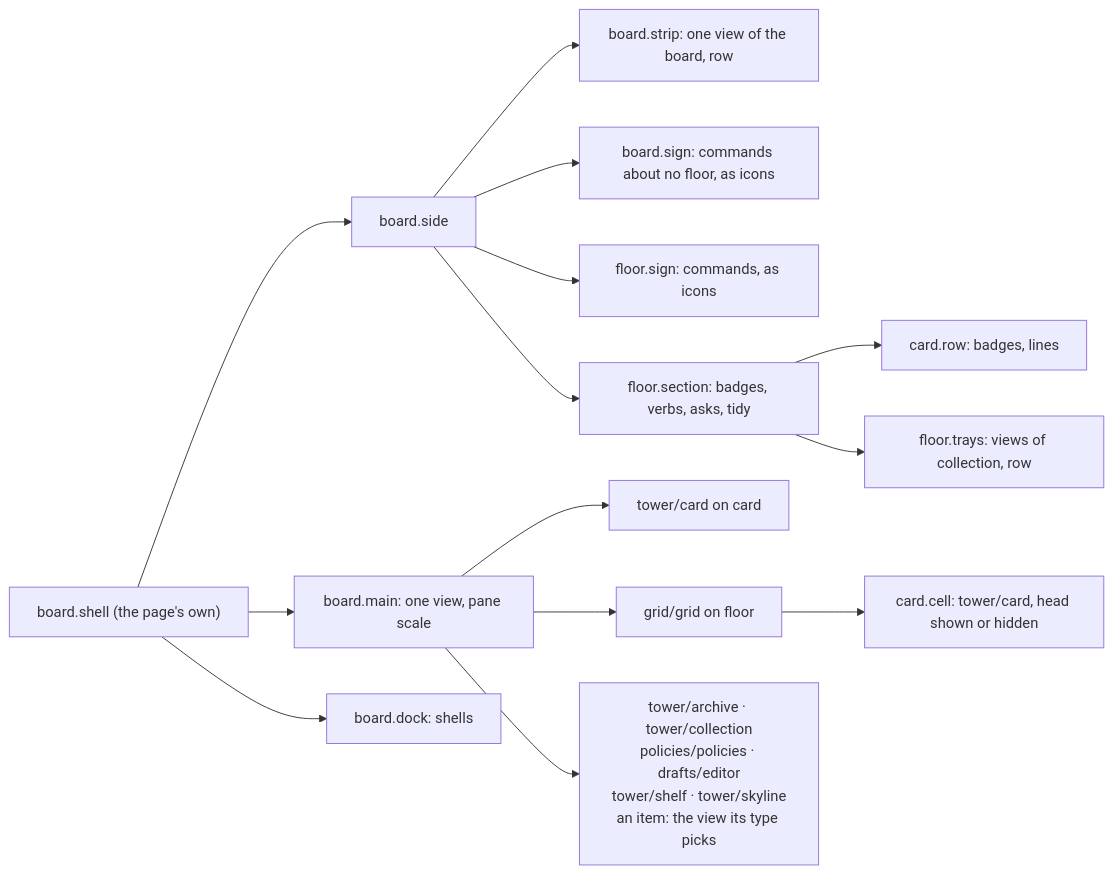
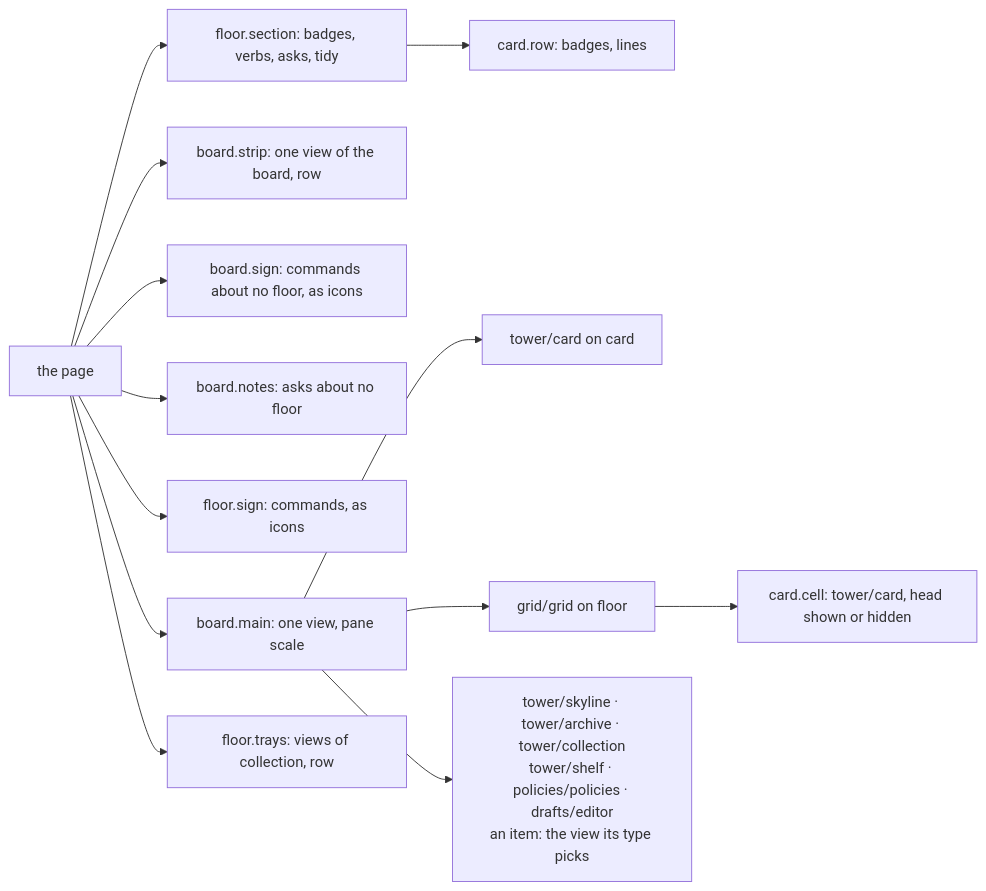
One commit to RegiByte/the-tower changed the second of 4 diagrams in kb/entities/decisions/ui-model.md. Above: the diagram before and after it, drawn with Mermaid. The commit also changed other lines of this file, not shown here.

First line of the commit message:
kb: ui-model says the regions, views and viewer kinds the code has

````diff
--- a/kb/entities/decisions/ui-model.md
+++ b/kb/entities/decisions/ui-model.md
@@ -338,16 +280,15 @@
 ```mermaid
 flowchart LR
-  board["board.shell (the page's own)"] --> side["board.side"]
-  board --> main["board.main: one view, pane scale"]
-  board --> dock["board.dock: shells"]
-  side --> strip["board.strip: one view of the board, row"]
-  side --> bsign["board.sign: commands about no floor, as icons"]
-  side --> sign["floor.sign: commands, as icons"]
-  side --> fsec["floor.section: badges, verbs, asks, tidy"]
+  board["the page"] --> main["board.main: one view, pane scale"]
+  board --> strip["board.strip: one view of the board, row"]
+  board --> bsign["board.sign: commands about no floor, as icons"]
+  board --> notes["board.notes: asks about no floor"]
+  board --> sign["floor.sign: commands, as icons"]
+  board --> fsec["floor.section: badges, verbs, asks, tidy"]
   fsec --> row["card.row: badges, lines"]
-  fsec --> trays["floor.trays: views of collection, row"]
+  board --> trays["floor.trays: views of collection, row"]
   main --> card["tower/card on card"]
   main --> grid["grid/grid on floor"]
-  main --> others["tower/archive · tower/collection<br/>policies/policies · drafts/editor<br/>tower/shelf · tower/skyline<br/>an item: the view its type picks"]
+  main --> others["tower/skyline · tower/archive · tower/collection<br/>tower/shelf · policies/policies · drafts/editor<br/>an item: the view its type picks"]
   grid --> cell["card.cell: tower/card, head shown or hidden"]
 ```
````
